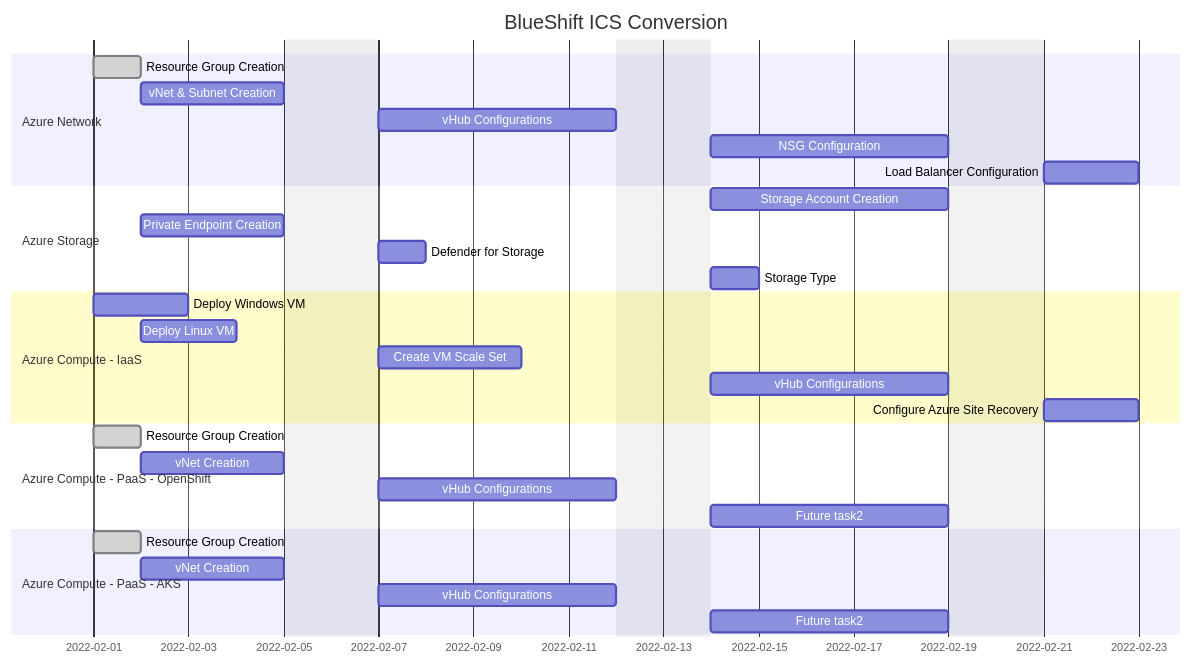
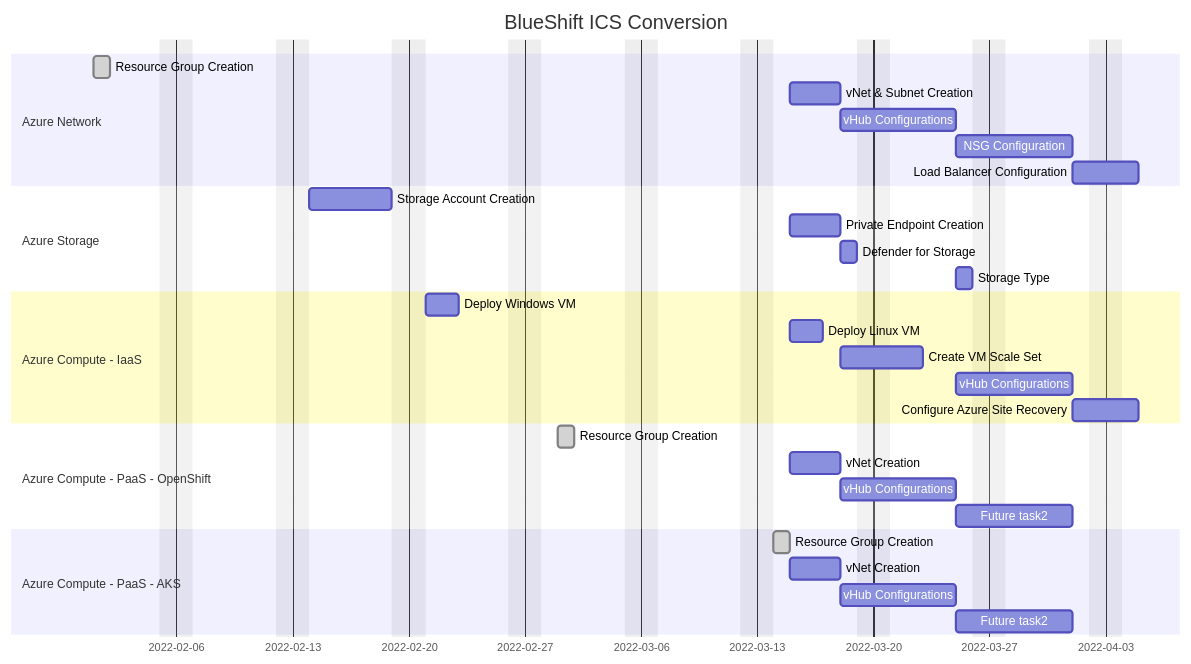
One commit to slagathor34/awx-lab changed the first of 2 diagrams in README.md. Above: the diagram before and after it, drawn with Mermaid.

Commit message:
date move

````diff
--- a/README.md
+++ b/README.md
@@ -5,38 +5,38 @@
 ```mermaid
 gantt
     dateFormat  YYYY-MM-DD
     title       BlueShift ICS Conversion
     excludes    weekends
 
     section Azure Network
     Resource Group Creation           :done, des1, 2022-02-01, 1d
     vNet & Subnet Creation            :des2, after des1, 3d
     vHub Configurations               :des3, after des2, 5d
     NSG Configuration                 :des4, after des3, 5d
     Load Balancer Configuration       :des5, after des4, 2d
 
     section Azure Storage
     Storage Account Creation          :des1, 2022-02-14, 5d
     Private Endpoint Creation         :des2, after des1, 3d
     Defender for Storage              :des3, after des2, 1d
     Storage Type                      :des4, after des3, 1d
 
     section Azure Compute - IaaS
-    Deploy Windows VM                 :des1, 2022-02-01, 2d
+    Deploy Windows VM                 :des1, 2022-02-21, 2d
     Deploy Linux VM                   :dest2, after des1, 2d
     Create VM Scale Set               :des3, after des2, 3d
     vHub Configurations               :des4, after des3, 5d
     Configure Azure Site Recovery     :des5, after des4, 2d
 
     section Azure Compute - PaaS - OpenShift
-    Resource Group Creation           :done, des1, 2022-02-01, 1d
+    Resource Group Creation           :done, des1, 2022-03-01, 1d
     vNet Creation                     :des2, after des1, 3d
     vHub Configurations               :des3, after des2, 5d
     Future task2                      :des4, after des3, 5d
 
     section Azure Compute - PaaS - AKS
-    Resource Group Creation           :done, des1, 2022-02-01, 1d
+    Resource Group Creation           :done, des1, 2022-03-14, 1d
     vNet Creation                     :des2, after des1, 3d
     vHub Configurations               :des3, after des2, 5d
     Future task2                      :des4, after des3, 5d
 ```
````
